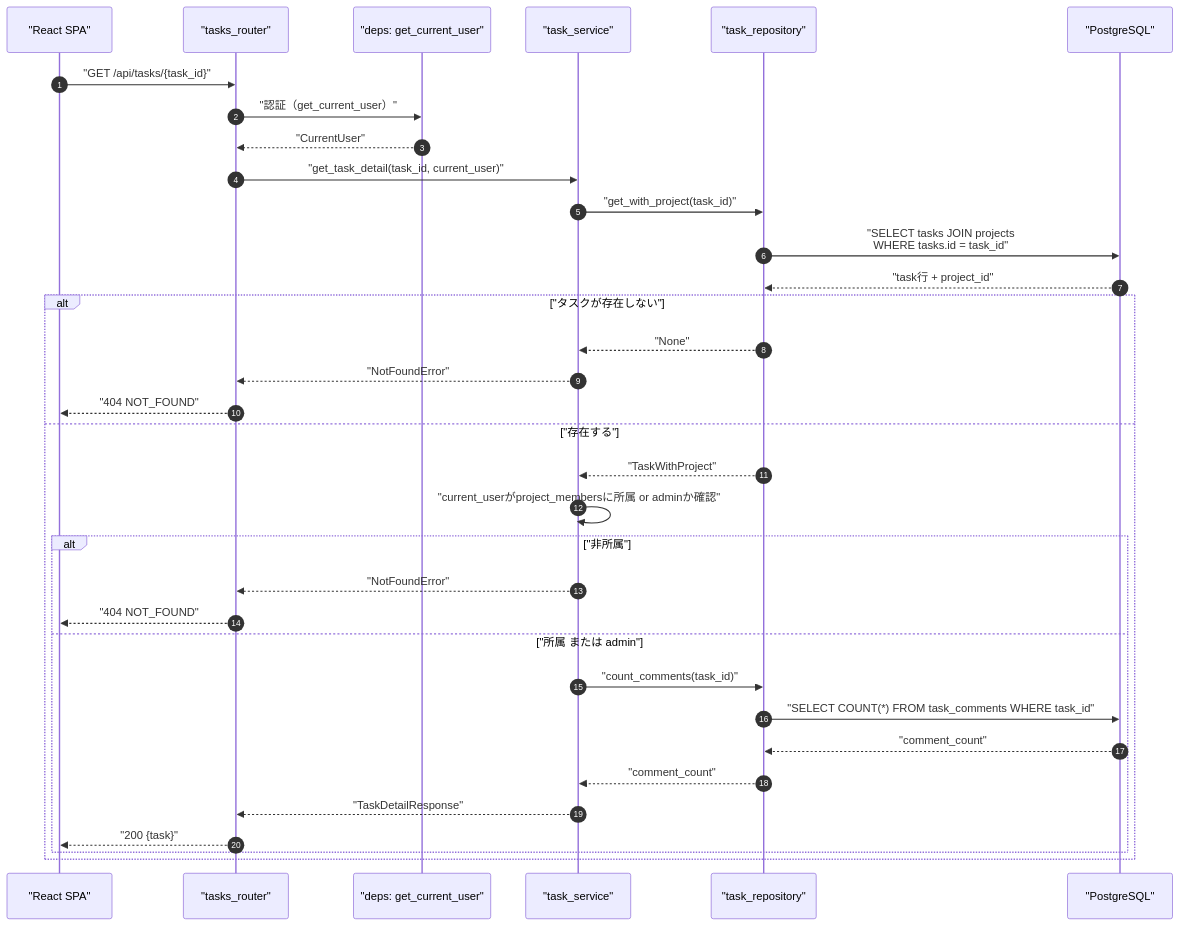
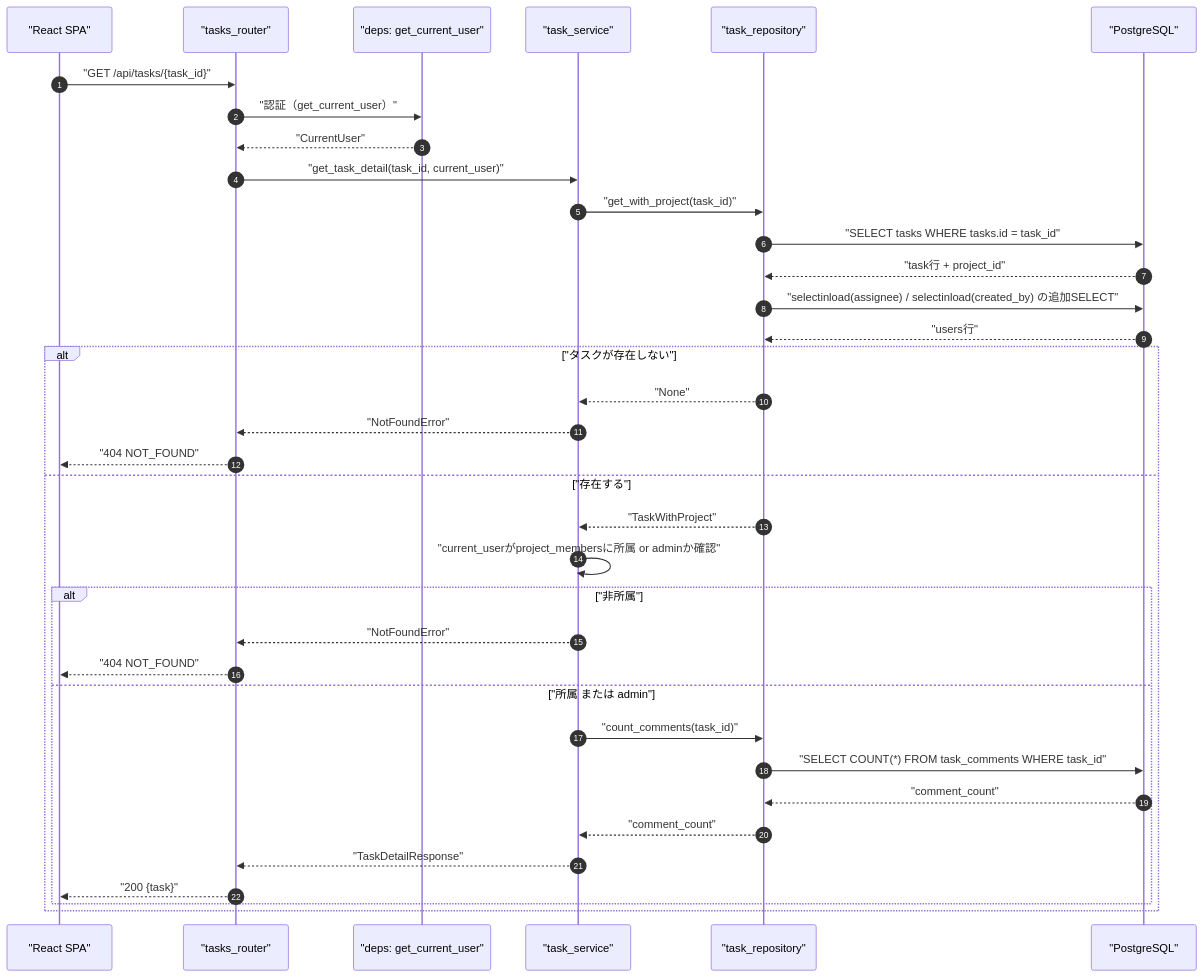
One commit to oikawa-d/task_management changed the first of 4 diagrams in detailed_design/api/tasks/03_get_task.md. Above: the diagram before and after it, drawn with Mermaid. The commit also changed other lines of this file and 22 other files, not shown here.

````diff
--- a/detailed_design/api/tasks/03_get_task.md
+++ b/detailed_design/api/tasks/03_get_task.md
@@ -96,37 +96,39 @@
 ```mermaid
 sequenceDiagram
     autonumber
     participant FE as "React SPA"
     participant R as "tasks_router"
     participant D as "deps: get_current_user"
     participant S as "task_service"
     participant TR as "task_repository"
     participant PG as "PostgreSQL"
 
     FE->>R: "GET /api/tasks/{task_id}"
     R->>D: "認証（get_current_user）"
     D-->>R: "CurrentUser"
     R->>S: "get_task_detail(task_id, current_user)"
     S->>TR: "get_with_project(task_id)"
-    TR->>PG: "SELECT tasks JOIN projects<br/>WHERE tasks.id = task_id"
+    TR->>PG: "SELECT tasks WHERE tasks.id = task_id"
     PG-->>TR: "task行 + project_id"
+    TR->>PG: "selectinload(assignee) / selectinload(created_by) の追加SELECT"
+    PG-->>TR: "users行"
     alt "タスクが存在しない"
         TR-->>S: "None"
         S-->>R: "NotFoundError"
         R-->>FE: "404 NOT_FOUND"
     else "存在する"
         TR-->>S: "TaskWithProject"
         S->>S: "current_userがproject_membersに所属 or adminか確認"
         alt "非所属"
             S-->>R: "NotFoundError"
             R-->>FE: "404 NOT_FOUND"
         else "所属 または admin"
             S->>TR: "count_comments(task_id)"
             TR->>PG: "SELECT COUNT(*) FROM task_comments WHERE task_id"
             PG-->>TR: "comment_count"
             TR-->>S: "comment_count"
             S-->>R: "TaskDetailResponse"
             R-->>FE: "200 {task}"
         end
     end
 ```
````
